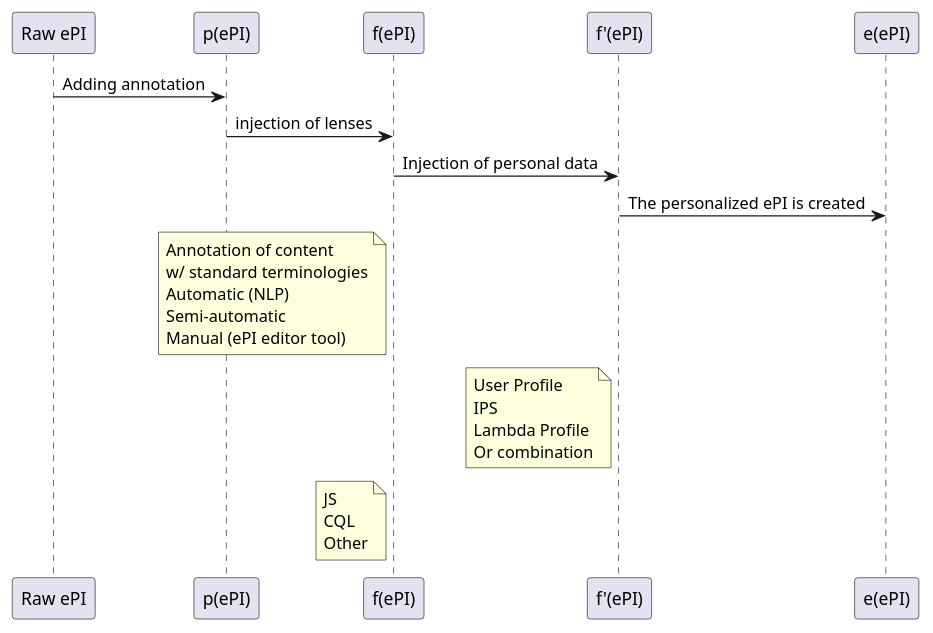
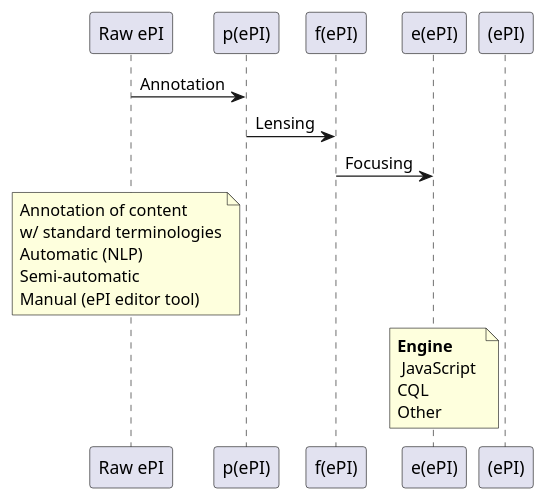
Before and after one commit to hl7-eu/gravitate-health: the diagram in input/images-source/e2e-focusing.plantuml, drawn with PlantUML. The commit also changed 4 other files, not shown here.

```diff
--- a/input/images-source/e2e-focusing.plantuml
+++ b/input/images-source/e2e-focusing.plantuml
@@ -1,19 +1,17 @@
 @startuml 
 
 
-"Raw ePI"-> "p(ePI)": Adding annotation
+"Raw ePI"-> "p(ePI)": Annotation
 
 
-"p(ePI)"->"f(ePI)": injection of lenses
+"p(ePI)"->"f(ePI)": Lensing
 
-"f(ePI)"->"f'(ePI)": Injection of personal data
 
-"f'(ePI)"->"e(ePI)": The personalized ePI is created
+"f(ePI)"->"e(ePI)": Focusing
 
-note left of "f(ePI)": Annotation of content \nw/ standard terminologies\nAutomatic (NLP)\nSemi-automatic\nManual (ePI editor tool)
+note left of "p(ePI)": Annotation of content \nw/ standard terminologies\nAutomatic (NLP)\nSemi-automatic\nManual (ePI editor tool)
 
-note left of "f'(ePI)": User Profile\nIPS\nLambda Profile\nOr combination
 
-note left of "f(ePI)": JS\nCQL\nOther
+note left of "(ePI)": **Engine**\n JavaScript \nCQL\nOther
 
 @enduml
```
